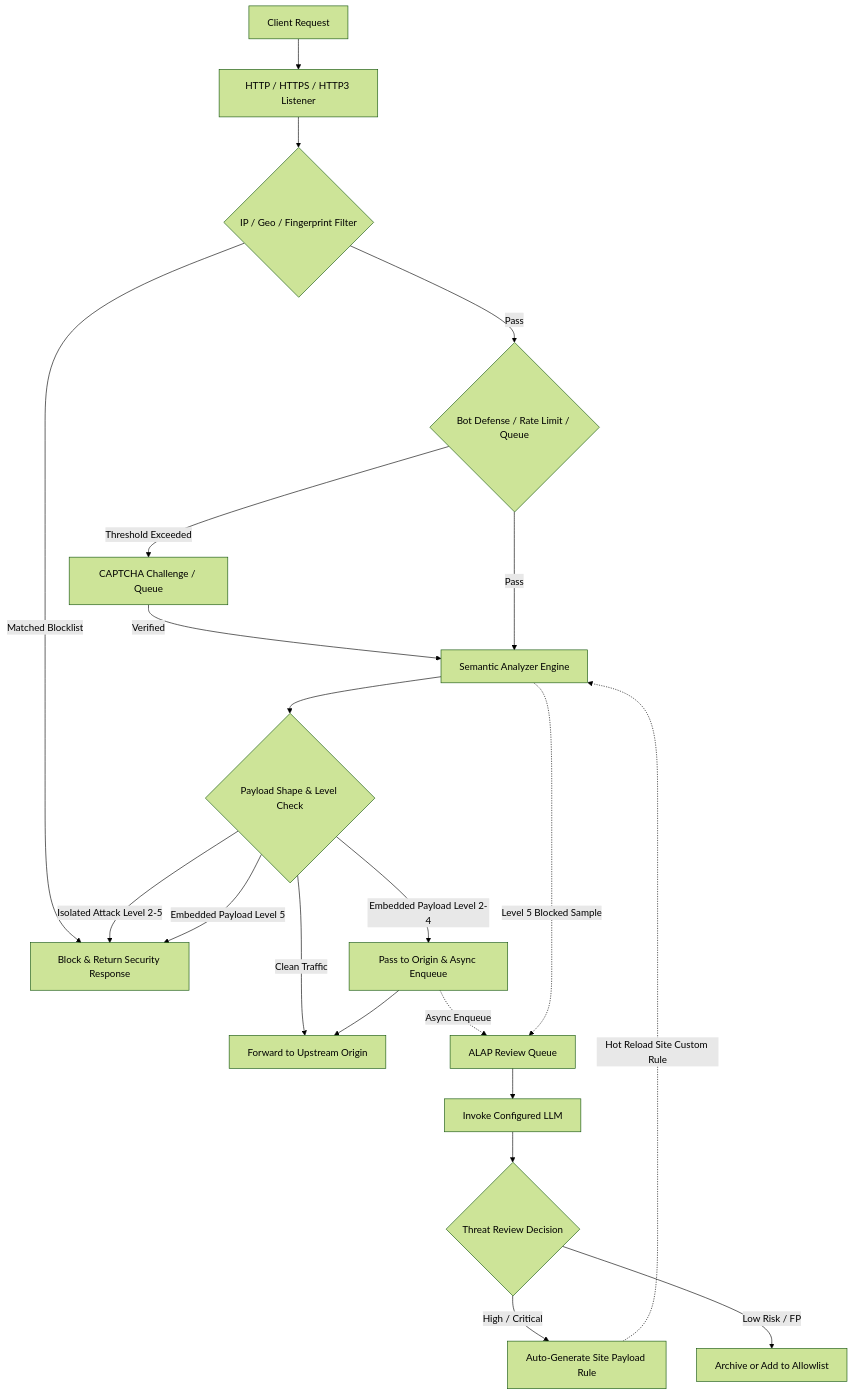
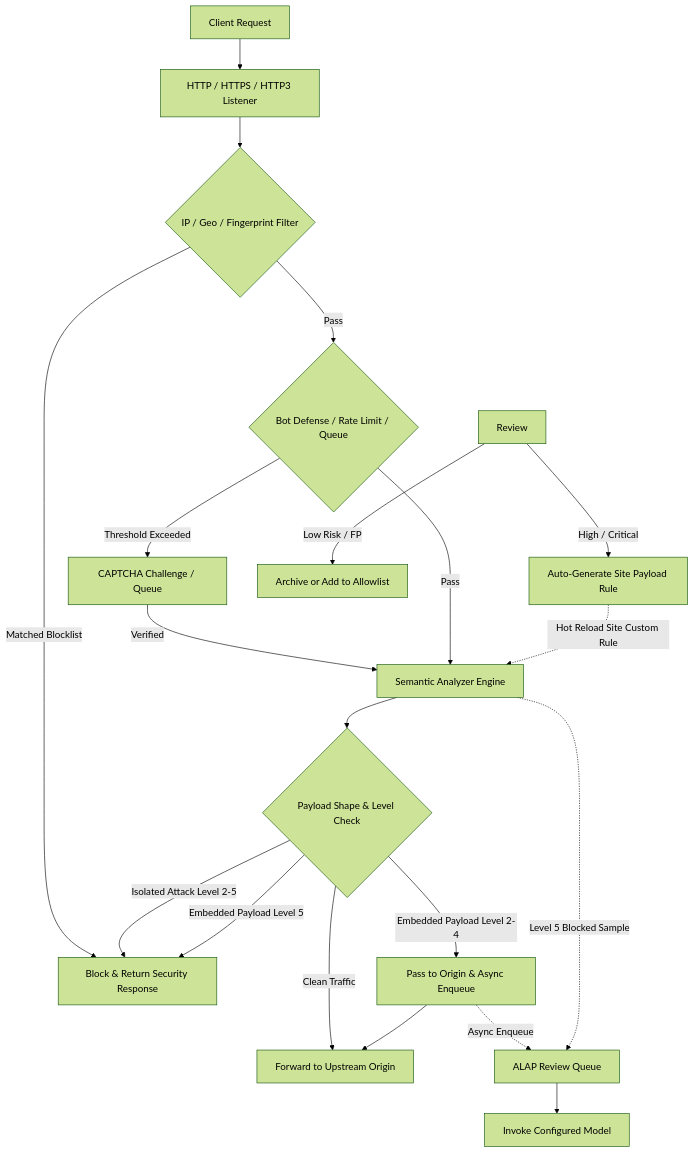
One commit to LaokeQwQ/CheeseWAF changed the diagram in README.md. Above: the diagram before and after it, drawn with Mermaid (forest theme). The commit also changed other lines of this file and 5 other files, not shown here.

````diff
--- a/README.md
+++ b/README.md
@@ -82,23 +119,22 @@
 ```mermaid
 flowchart TB
   Client[Client Request] --> Ingress[HTTP / HTTPS / HTTP3 Listener]
   Ingress --> IP{IP / Geo / Fingerprint Filter}
   IP -->|Matched Blocklist| Block[Block & Return Security Response]
   IP -->|Pass| Bot{Bot Defense / Rate Limit / Queue}
   Bot -->|Threshold Exceeded| Challenge[CAPTCHA Challenge / Queue]
   Challenge -->|Verified| Sem
   Bot -->|Pass| Sem[Semantic Analyzer Engine]
   Sem --> Shape{Payload Shape & Level Check}
   Shape -->|Isolated Attack Level 2-5| Block
   Shape -->|Embedded Payload Level 5| Block
   Shape -->|Embedded Payload Level 2-4| Pass[Pass to Origin & Async Enqueue]
   Shape -->|Clean Traffic| Origin[Forward to Upstream Origin]
   Pass --> Origin
   Pass -.->|Async Enqueue| Queue[ALAP Review Queue]
   Sem -.->|Level 5 Blocked Sample| Queue
-  Queue --> LLM[Invoke Configured LLM]
-  LLM --> Review{Threat Review Decision}
+  Queue --> LLM[Invoke Configured Model]
   Review -->|High / Critical| Rule[Auto-Generate Site Payload Rule]
   Review -->|Low Risk / FP| Dismiss[Archive or Add to Allowlist]
   Rule -.->|Hot Reload Site Custom Rule| Sem
 ```
````
